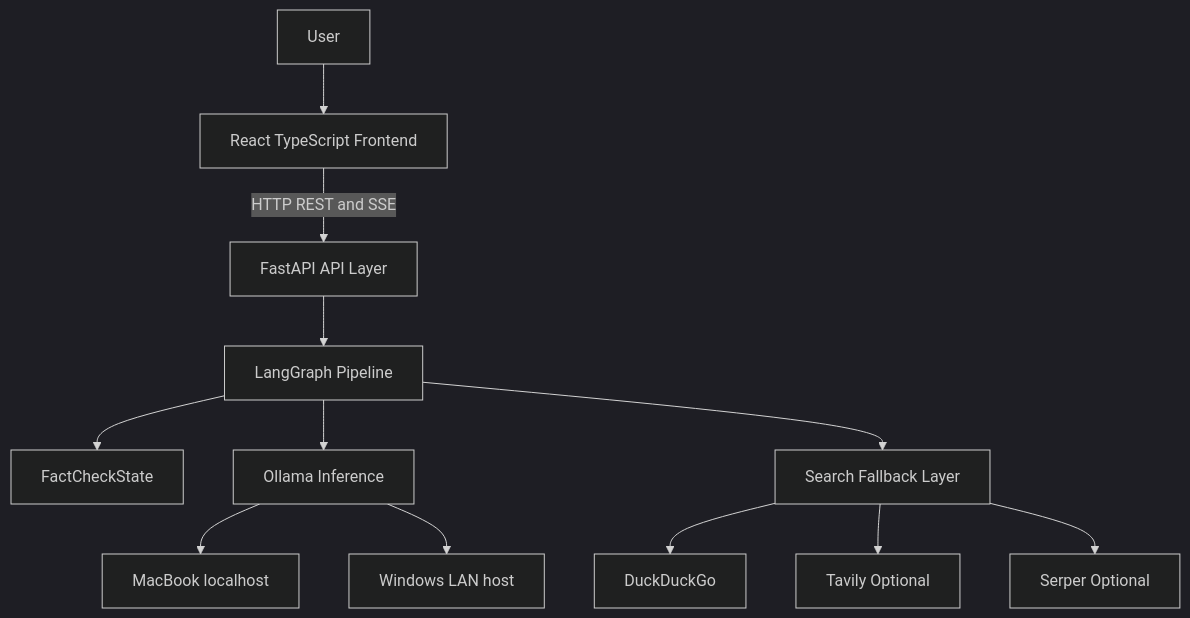
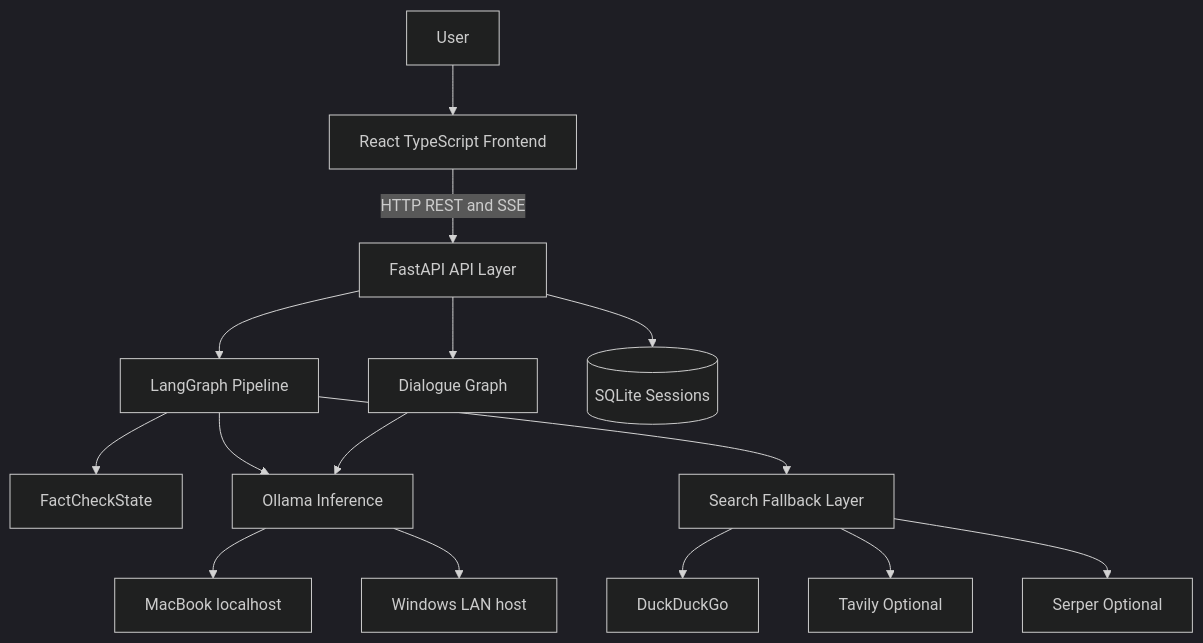
One commit to Hirushikanth/FactCheck-AI changed the first of 3 diagrams in docs/architecture/system-overview.md. Above: the diagram before and after it, drawn with Mermaid (dark theme). The commit also changed other lines of this file and 7 other files, not shown here.

Commit message:
Sync project docs and config with the implemented v0.6.0 backend. Update README, architecture docs, .env.example, .gitignore, and pyproject metadata so they reflect the full pipeline, session APIs, SSE, and dialogue agent instead of the outdated Phase 2 scope.

````diff
--- a/docs/architecture/system-overview.md
+++ b/docs/architecture/system-overview.md
@@ -15,14 +15,17 @@
 ```mermaid
 flowchart TB
     User[User] --> Frontend[React TypeScript Frontend]
     Frontend -->|HTTP REST and SSE| API[FastAPI API Layer]
     API --> Pipeline[LangGraph Pipeline]
+    API --> Dialogue[Dialogue Graph]
+    API --> SQLite[(SQLite Sessions)]
     Pipeline --> State[FactCheckState]
     Pipeline --> Ollama[Ollama Inference]
     Pipeline --> Search[Search Fallback Layer]
+    Dialogue --> Ollama
     Ollama --> ModeA[MacBook localhost]
     Ollama --> ModeB[Windows LAN host]
     Search --> DuckDuckGo[DuckDuckGo]
     Search --> Tavily[Tavily Optional]
     Search --> Serper[Serper Optional]
 ```
````
